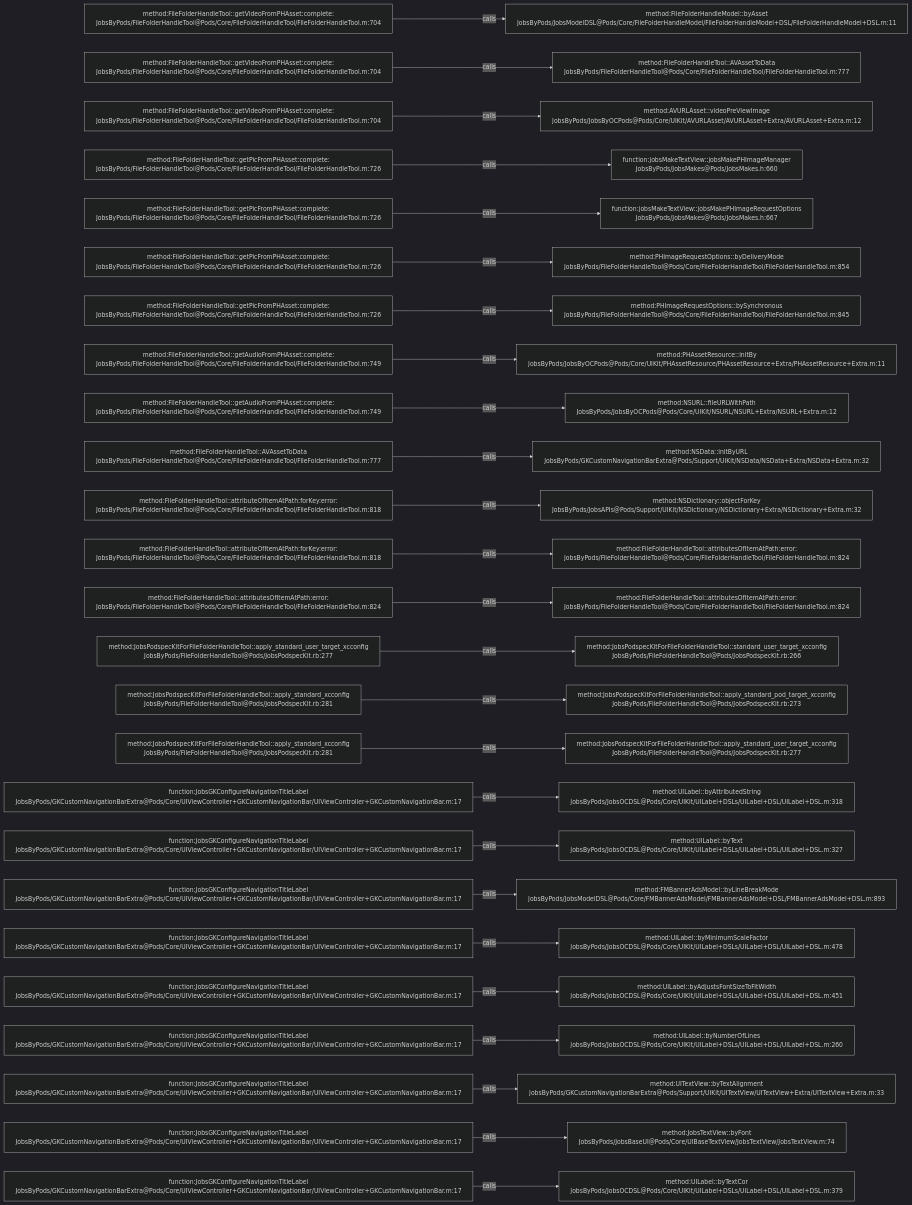
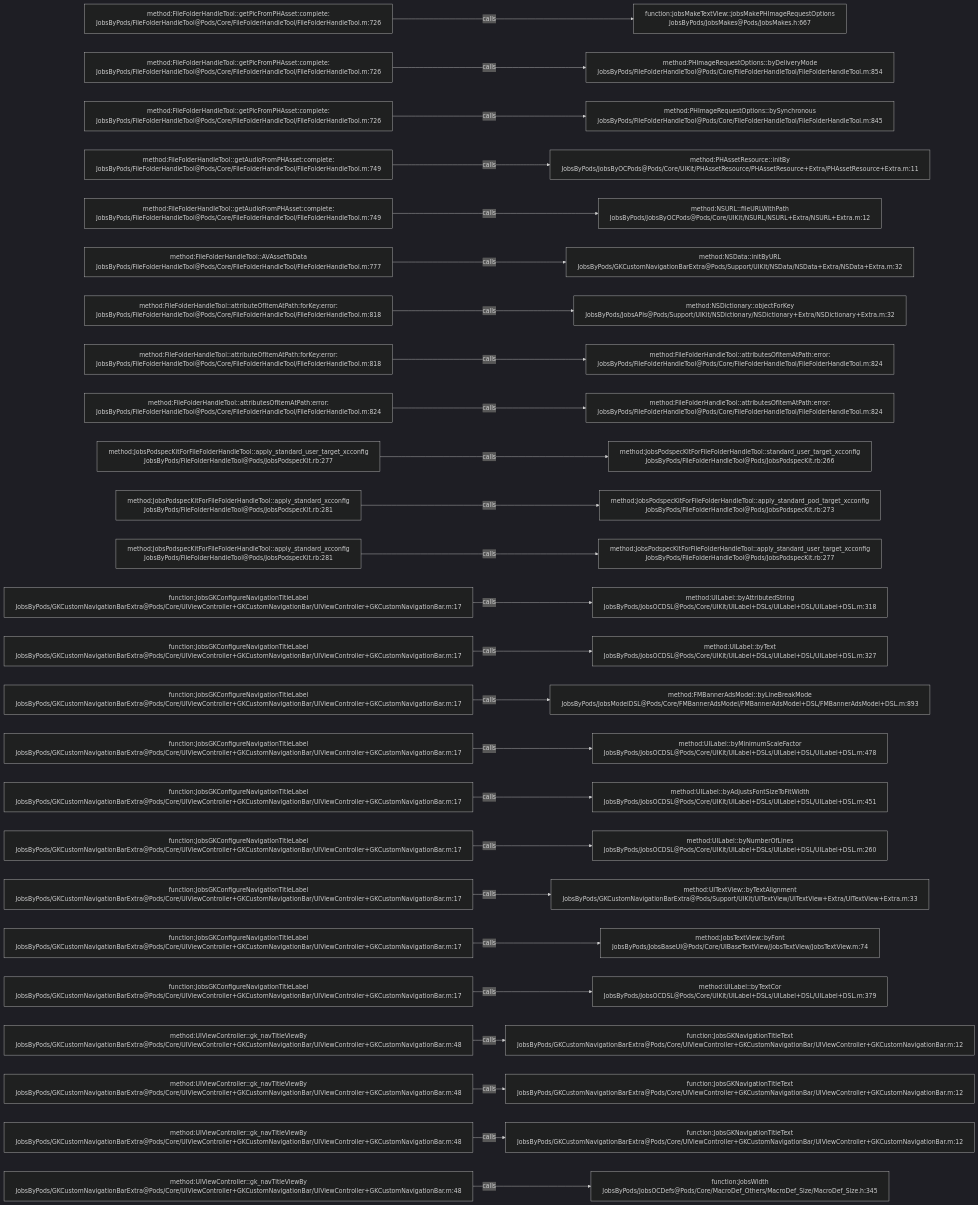
Before and after one commit to JobsKits/JobsOCBaseConfigDemo: the diagram in .codegraph/codegraph.md/graphs/calls-009.md, drawn with Mermaid (dark theme). The commit also changed 223 other files, not shown here.

````diff
--- a/.codegraph/codegraph.md/graphs/calls-009.md
+++ b/.codegraph/codegraph.md/graphs/calls-009.md
@@ -13,78 +13,78 @@
 ```mermaid
 flowchart LR
-  S1["method:FileFolderHandleTool::getVideoFromPHAsset:complete:<br/>JobsByPods/FileFolderHandleTool@Pods/Core/FileFolderHandleTool/FileFolderHandleTool.m:704"]
-  T1["method:FileFolderHandleModel::byAsset<br/>JobsByPods/JobsModelDSL@Pods/Core/FileFolderHandleModel/FileFolderHandleModel+DSL/FileFolderHandleModel+DSL.m:11"]
+  S1["method:FileFolderHandleTool::getPicFromPHAsset:complete:<br/>JobsByPods/FileFolderHandleTool@Pods/Core/FileFolderHandleTool/FileFolderHandleTool.m:726"]
+  T1["function:jobsMakeTextView::jobsMakePHImageRequestOptions<br/>JobsByPods/JobsMakes@Pods/JobsMakes.h:667"]
   S1 -->|calls| T1
-  S2["method:FileFolderHandleTool::getVideoFromPHAsset:complete:<br/>JobsByPods/FileFolderHandleTool@Pods/Core/FileFolderHandleTool/FileFolderHandleTool.m:704"]
-  T2["method:FileFolderHandleTool::AVAssetToData<br/>JobsByPods/FileFolderHandleTool@Pods/Core/FileFolderHandleTool/FileFolderHandleTool.m:777"]
+  S2["method:FileFolderHandleTool::getPicFromPHAsset:complete:<br/>JobsByPods/FileFolderHandleTool@Pods/Core/FileFolderHandleTool/FileFolderHandleTool.m:726"]
+  T2["method:PHImageRequestOptions::byDeliveryMode<br/>JobsByPods/FileFolderHandleTool@Pods/Core/FileFolderHandleTool/FileFolderHandleTool.m:854"]
   S2 -->|calls| T2
-  S3["method:FileFolderHandleTool::getVideoFromPHAsset:complete:<br/>JobsByPods/FileFolderHandleTool@Pods/Core/FileFolderHandleTool/FileFolderHandleTool.m:704"]
-  T3["method:AVURLAsset::videoPreViewImage<br/>JobsByPods/JobsByOCPods@Pods/Core/UIKit/AVURLAsset/AVURLAsset+Extra/AVURLAsset+Extra.m:12"]
+  S3["method:FileFolderHandleTool::getPicFromPHAsset:complete:<br/>JobsByPods/FileFolderHandleTool@Pods/Core/FileFolderHandleTool/FileFolderHandleTool.m:726"]
+  T3["method:PHImageRequestOptions::bySynchronous<br/>JobsByPods/FileFolderHandleTool@Pods/Core/FileFolderHandleTool/FileFolderHandleTool.m:845"]
   S3 -->|calls| T3
-  S4["method:FileFolderHandleTool::getPicFromPHAsset:complete:<br/>JobsByPods/FileFolderHandleTool@Pods/Core/FileFolderHandleTool/FileFolderHandleTool.m:726"]
-  T4["function:jobsMakeTextView::jobsMakePHImageManager<br/>JobsByPods/JobsMakes@Pods/JobsMakes.h:660"]
+  S4["method:FileFolderHandleTool::getAudioFromPHAsset:complete:<br/>JobsByPods/FileFolderHandleTool@Pods/Core/FileFolderHandleTool/FileFolderHandleTool.m:749"]
+  T4["method:PHAssetResource::initBy<br/>JobsByPods/JobsByOCPods@Pods/Core/UIKit/PHAssetResource/PHAssetResource+Extra/PHAssetResource+Extra.m:11"]
   S4 -->|calls| T4
-  S5["method:FileFolderHandleTool::getPicFromPHAsset:complete:<br/>JobsByPods/FileFolderHandleTool@Pods/Core/FileFolderHandleTool/FileFolderHandleTool.m:726"]
-  T5["function:jobsMakeTextView::jobsMakePHImageRequestOptions<br/>JobsByPods/JobsMakes@Pods/JobsMakes.h:667"]
+  S5["method:FileFolderHandleTool::getAudioFromPHAsset:complete:<br/>JobsByPods/FileFolderHandleTool@Pods/Core/FileFolderHandleTool/FileFolderHandleTool.m:749"]
+  T5["method:NSURL::fileURLWithPath<br/>JobsByPods/JobsByOCPods@Pods/Core/UIKit/NSURL/NSURL+Extra/NSURL+Extra.m:12"]
   S5 -->|calls| T5
-  S6["method:FileFolderHandleTool::getPicFromPHAsset:complete:<br/>JobsByPods/FileFolderHandleTool@Pods/Core/FileFolderHandleTool/FileFolderHandleTool.m:726"]
-  T6["method:PHImageRequestOptions::byDeliveryMode<br/>JobsByPods/FileFolderHandleTool@Pods/Core/FileFolderHandleTool/FileFolderHandleTool.m:854"]
+  S6["method:FileFolderHandleTool::AVAssetToData<br/>JobsByPods/FileFolderHandleTool@Pods/Core/FileFolderHandleTool/FileFolderHandleTool.m:777"]
+  T6["method:NSData::initByURL<br/>JobsByPods/GKCustomNavigationBarExtra@Pods/Support/UIKit/NSData/NSData+Extra/NSData+Extra.m:32"]
   S6 -->|calls| T6
-  S7["method:FileFolderHandleTool::getPicFromPHAsset:complete:<br/>JobsByPods/FileFolderHandleTool@Pods/Core/FileFolderHandleTool/FileFolderHandleTool.m:726"]
-  T7["method:PHImageRequestOptions::bySynchronous<br/>JobsByPods/FileFolderHandleTool@Pods/Core/FileFolderHandleTool/FileFolderHandleTool.m:845"]
+  S7["method:FileFolderHandleTool::attributeOfItemAtPath:forKey:error:<br/>JobsByPods/FileFolderHandleTool@Pods/Core/FileFolderHandleTool/FileFolderHandleTool.m:818"]
+  T7["method:NSDictionary::objectForKey<br/>JobsByPods/JobsAPIs@Pods/Support/UIKit/NSDictionary/NSDictionary+Extra/NSDictionary+Extra.m:32"]
   S7 -->|calls| T7
-  S8["method:FileFolderHandleTool::getAudioFromPHAsset:complete:<br/>JobsByPods/FileFolderHandleTool@Pods/Core/FileFolderHandleTool/FileFolderHandleTool.m:749"]
-  T8["method:PHAssetResource::initBy<br/>JobsByPods/JobsByOCPods@Pods/Core/UIKit/PHAssetResource/PHAssetResource+Extra/PHAssetResource+Extra.m:11"]
+  S8["method:FileFolderHandleTool::attributeOfItemAtPath:forKey:error:<br/>JobsByPods/FileFolderHandleTool@Pods/Core/FileFolderHandleTool/FileFolderHandleTool.m:818"]
+  T8["method:FileFolderHandleTool::attributesOfItemAtPath:error:<br/>JobsByPods/FileFolderHandleTool@Pods/Core/FileFolderHandleTool/FileFolderHandleTool.m:824"]
   S8 -->|calls| T8
-  S9["method:FileFolderHandleTool::getAudioFromPHAsset:complete:<br/>JobsByPods/FileFolderHandleTool@Pods/Core/FileFolderHandleTool/FileFolderHandleTool.m:749"]
-  T9["method:NSURL::fileURLWithPath<br/>JobsByPods/JobsByOCPods@Pods/Core/UIKit/NSURL/NSURL+Extra/NSURL+Extra.m:12"]
+  S9["method:FileFolderHandleTool::attributesOfItemAtPath:error:<br/>JobsByPods/FileFolderHandleTool@Pods/Core/FileFolderHandleTool/FileFolderHandleTool.m:824"]
+  T9["method:FileFolderHandleTool::attributesOfItemAtPath:error:<br/>JobsByPods/FileFolderHandleTool@Pods/Core/FileFolderHandleTool/FileFolderHandleTool.m:824"]
   S9 -->|calls| T9
-  S10["method:FileFolderHandleTool::AVAssetToData<br/>JobsByPods/FileFolderHandleTool@Pods/Core/FileFolderHandleTool/FileFolderHandleTool.m:777"]
-  T10["method:NSData::initByURL<br/>JobsByPods/GKCustomNavigationBarExtra@Pods/Support/UIKit/NSData/NSData+Extra/NSData+Extra.m:32"]
+  S10["method:JobsPodspecKitForFileFolderHandleTool::apply_standard_user_target_xcconfig<br/>JobsByPods/FileFolderHandleTool@Pods/JobsPodspecKit.rb:277"]
+  T10["method:JobsPodspecKitForFileFolderHandleTool::standard_user_target_xcconfig<br/>JobsByPods/FileFolderHandleTool@Pods/JobsPodspecKit.rb:266"]
   S10 -->|calls| T10
-  S11["method:FileFolderHandleTool::attributeOfItemAtPath:forKey:error:<br/>JobsByPods/FileFolderHandleTool@Pods/Core/FileFolderHandleTool/FileFolderHandleTool.m:818"]
-  T11["method:NSDictionary::objectForKey<br/>JobsByPods/JobsAPIs@Pods/Support/UIKit/NSDictionary/NSDictionary+Extra/NSDictionary+Extra.m:32"]
+  S11["method:JobsPodspecKitForFileFolderHandleTool::apply_standard_xcconfig<br/>JobsByPods/FileFolderHandleTool@Pods/JobsPodspecKit.rb:281"]
+  T11["method:JobsPodspecKitForFileFolderHandleTool::apply_standard_pod_target_xcconfig<br/>JobsByPods/FileFolderHandleTool@Pods/JobsPodspecKit.rb:273"]
   S11 -->|calls| T11
-  S12["method:FileFolderHandleTool::attributeOfItemAtPath:forKey:error:<br/>JobsByPods/FileFolderHandleTool@Pods/Core/FileFolderHandleTool/FileFolderHandleTool.m:818"]
-  T12["method:FileFolderHandleTool::attributesOfItemAtPath:error:<br/>JobsByPods/FileFolderHandleTool@Pods/Core/FileFolderHandleTool/FileFolderHandleTool.m:824"]
+  S12["method:JobsPodspecKitForFileFolderHandleTool::apply_standard_xcconfig<br/>JobsByPods/FileFolderHandleTool@Pods/JobsPodspecKit.rb:281"]
+  T12["method:JobsPodspecKitForFileFolderHandleTool::apply_standard_user_target_xcconfig<br/>JobsByPods/FileFolderHandleTool@Pods/JobsPodspecKit.rb:277"]
   S12 -->|calls| T12
-  S13["method:FileFolderHandleTool::attributesOfItemAtPath:error:<br/>JobsByPods/FileFolderHandleTool@Pods/Core/FileFolderHandleTool/FileFolderHandleTool.m:824"]
-  T13["method:FileFolderHandleTool::attributesOfItemAtPath:error:<br/>JobsByPods/FileFolderHandleTool@Pods/Core/FileFolderHandleTool/FileFolderHandleTool.m:824"]
+  S13["function:JobsGKConfigureNavigationTitleLabel<br/>JobsByPods/GKCustomNavigationBarExtra@Pods/Core/UIViewController+GKCustomNavigationBar/UIViewController+GKCustomNavigationBar.m:17"]
+  T13["method:UILabel::byAttributedString<br/>JobsByPods/JobsOCDSL@Pods/Core/UIKit/UILabel+DSLs/UILabel+DSL/UILabel+DSL.m:318"]
   S13 -->|calls| T13
-  S14["method:JobsPodspecKitForFileFolderHandleTool::apply_standard_user_target_xcconfig<br/>JobsByPods/FileFolderHandleTool@Pods/JobsPodspecKit.rb:277"]
-  T14["method:JobsPodspecKitForFileFolderHandleTool::standard_user_target_xcconfig<br/>JobsByPods/FileFolderHandleTool@Pods/JobsPodspecKit.rb:266"]
+  S14["function:JobsGKConfigureNavigationTitleLabel<br/>JobsByPods/GKCustomNavigationBarExtra@Pods/Core/UIViewController+GKCustomNavigationBar/UIViewController+GKCustomNavigationBar.m:17"]
+  T14["method:UILabel::byText<br/>JobsByPods/JobsOCDSL@Pods/Core/UIKit/UILabel+DSLs/UILabel+DSL/UILabel+DSL.m:327"]
   S14 -->|calls| T14
-  S15["method:JobsPodspecKitForFileFolderHandleTool::apply_standard_xcconfig<br/>JobsByPods/FileFolderHandleTool@Pods/JobsPodspecKit.rb:281"]
-  T15["method:JobsPodspecKitForFileFolderHandleTool::apply_standard_pod_target_xcconfig<br/>JobsByPods/FileFolderHandleTool@Pods/JobsPodspecKit.rb:273"]
+  S15["function:JobsGKConfigureNavigationTitleLabel<br/>JobsByPods/GKCustomNavigationBarExtra@Pods/Core/UIViewController+GKCustomNavigationBar/UIViewController+GKCustomNavigationBar.m:17"]
+  T15["method:FMBannerAdsModel::byLineBreakMode<br/>JobsByPods/JobsModelDSL@Pods/Core/FMBannerAdsModel/FMBannerAdsModel+DSL/FMBannerAdsModel+DSL.m:893"]
   S15 -->|calls| T15
-  S16["method:JobsPodspecKitForFileFolderHandleTool::apply_standard_xcconfig<br/>JobsByPods/FileFolderHandleTool@Pods/JobsPodspecKit.rb:281"]
-  T16["method:JobsPodspecKitForFileFolderHandleTool::apply_standard_user_target_xcconfig<br/>JobsByPods/FileFolderHandleTool@Pods/JobsPodspecKit.rb:277"]
+  S16["function:JobsGKConfigureNavigationTitleLabel<br/>JobsByPods/GKCustomNavigationBarExtra@Pods/Core/UIViewController+GKCustomNavigationBar/UIViewController+GKCustomNavigationBar.m:17"]
+  T16["method:UILabel::byMinimumScaleFactor<br/>JobsByPods/JobsOCDSL@Pods/Core/UIKit/UILabel+DSLs/UILabel+DSL/UILabel+DSL.m:478"]
   S16 -->|calls| T16
   S17["function:JobsGKConfigureNavigationTitleLabel<br/>JobsByPods/GKCustomNavigationBarExtra@Pods/Core/UIViewController+GKCustomNavigationBar/UIViewController+GKCustomNavigationBar.m:17"]
-  T17["method:UILabel::byAttributedString<br/>JobsByPods/JobsOCDSL@Pods/Core/UIKit/UILabel+DSLs/UILabel+DSL/UILabel+DSL.m:318"]
+  T17["method:UILabel::byAdjustsFontSizeToFitWidth<br/>JobsByPods/JobsOCDSL@Pods/Core/UIKit/UILabel+DSLs/UILabel+DSL/UILabel+DSL.m:451"]
   S17 -->|calls| T17
   S18["function:JobsGKConfigureNavigationTitleLabel<br/>JobsByPods/GKCustomNavigationBarExtra@Pods/Core/UIViewController+GKCustomNavigationBar/UIViewController+GKCustomNavigationBar.m:17"]
-  T18["method:UILabel::byText<br/>JobsByPods/JobsOCDSL@Pods/Core/UIKit/UILabel+DSLs/UILabel+DSL/UILabel+DSL.m:327"]
+  T18["method:UILabel::byNumberOfLines<br/>JobsByPods/JobsOCDSL@Pods/Core/UIKit/UILabel+DSLs/UILabel+DSL/UILabel+DSL.m:260"]
   S18 -->|calls| T18
   S19["function:JobsGKConfigureNavigationTitleLabel<br/>JobsByPods/GKCustomNavigationBarExtra@Pods/Core/UIViewController+GKCustomNavigationBar/UIViewController+GKCustomNavigationBar.m:17"]
-  T19["method:FMBannerAdsModel::byLineBreakMode<br/>JobsByPods/JobsModelDSL@Pods/Core/FMBannerAdsModel/FMBannerAdsModel+DSL/FMBannerAdsModel+DSL.m:893"]
+  T19["method:UITextView::byTextAlignment<br/>JobsByPods/GKCustomNavigationBarExtra@Pods/Support/UIKit/UITextView/UITextView+Extra/UITextView+Extra.m:33"]
   S19 -->|calls| T19
   S20["function:JobsGKConfigureNavigationTitleLabel<br/>JobsByPods/GKCustomNavigationBarExtra@Pods/Core/UIViewController+GKCustomNavigationBar/UIViewController+GKCustomNavigationBar.m:17"]
-  T20["method:UILabel::byMinimumScaleFactor<br/>JobsByPods/JobsOCDSL@Pods/Core/UIKit/UILabel+DSLs/UILabel+DSL/UILabel+DSL.m:478"]
+  T20["method:JobsTextView::byFont<br/>JobsByPods/JobsBaseUI@Pods/Core/UIBaseTextView/JobsTextView/JobsTextView.m:74"]
   S20 -->|calls| T20
   S21["function:JobsGKConfigureNavigationTitleLabel<br/>JobsByPods/GKCustomNavigationBarExtra@Pods/Core/UIViewController+GKCustomNavigationBar/UIViewController+GKCustomNavigationBar.m:17"]
-  T21["method:UILabel::byAdjustsFontSizeToFitWidth<br/>JobsByPods/JobsOCDSL@Pods/Core/UIKit/UILabel+DSLs/UILabel+DSL/UILabel+DSL.m:451"]
+  T21["method:UILabel::byTextCor<br/>JobsByPods/JobsOCDSL@Pods/Core/UIKit/UILabel+DSLs/UILabel+DSL/UILabel+DSL.m:379"]
   S21 -->|calls| T21
-  S22["function:JobsGKConfigureNavigationTitleLabel<br/>JobsByPods/GKCustomNavigationBarExtra@Pods/Core/UIViewController+GKCustomNavigationBar/UIViewController+GKCustomNavigationBar.m:17"]
-  T22["method:UILabel::byNumberOfLines<br/>JobsByPods/JobsOCDSL@Pods/Core/UIKit/UILabel+DSLs/UILabel+DSL/UILabel+DSL.m:260"]
+  S22["method:UIViewController::gk_navTitleViewBy<br/>JobsByPods/GKCustomNavigationBarExtra@Pods/Core/UIViewController+GKCustomNavigationBar/UIViewController+GKCustomNavigationBar.m:48"]
+  T22["function:JobsGKNavigationTitleText<br/>JobsByPods/GKCustomNavigationBarExtra@Pods/Core/UIViewController+GKCustomNavigationBar/UIViewController+GKCustomNavigationBar.m:12"]
   S22 -->|calls| T22
-  S23["function:JobsGKConfigureNavigationTitleLabel<br/>JobsByPods/GKCustomNavigationBarExtra@Pods/Core/UIViewController+GKCustomNavigationBar/UIViewController+GKCustomNavigationBar.m:17"]
-  T23["method:UITextView::byTextAlignment<br/>JobsByPods/GKCustomNavigationBarExtra@Pods/Support/UIKit/UITextView/UITextView+Extra/UITextView+Extra.m:33"]
+  S23["method:UIViewController::gk_navTitleViewBy<br/>JobsByPods/GKCustomNavigationBarExtra@Pods/Core/UIViewController+GKCustomNavigationBar/UIViewController+GKCustomNavigationBar.m:48"]
+  T23["function:JobsGKNavigationTitleText<br/>JobsByPods/GKCustomNavigationBarExtra@Pods/Core/UIViewController+GKCustomNavigationBar/UIViewController+GKCustomNavigationBar.m:12"]
   S23 -->|calls| T23
-  S24["function:JobsGKConfigureNavigationTitleLabel<br/>JobsByPods/GKCustomNavigationBarExtra@Pods/Core/UIViewController+GKCustomNavigationBar/UIViewController+GKCustomNavigationBar.m:17"]
-  T24["method:JobsTextView::byFont<br/>JobsByPods/JobsBaseUI@Pods/Core/UIBaseTextView/JobsTextView/JobsTextView.m:74"]
+  S24["method:UIViewController::gk_navTitleViewBy<br/>JobsByPods/GKCustomNavigationBarExtra@Pods/Core/UIViewController+GKCustomNavigationBar/UIViewController+GKCustomNavigationBar.m:48"]
+  T24["function:JobsGKNavigationTitleText<br/>JobsByPods/GKCustomNavigationBarExtra@Pods/Core/UIViewController+GKCustomNavigationBar/UIViewController+GKCustomNavigationBar.m:12"]
   S24 -->|calls| T24
-  S25["function:JobsGKConfigureNavigationTitleLabel<br/>JobsByPods/GKCustomNavigationBarExtra@Pods/Core/UIViewController+GKCustomNavigationBar/UIViewController+GKCustomNavigationBar.m:17"]
-  T25["method:UILabel::byTextCor<br/>JobsByPods/JobsOCDSL@Pods/Core/UIKit/UILabel+DSLs/UILabel+DSL/UILabel+DSL.m:379"]
+  S25["method:UIViewController::gk_navTitleViewBy<br/>JobsByPods/GKCustomNavigationBarExtra@Pods/Core/UIViewController+GKCustomNavigationBar/UIViewController+GKCustomNavigationBar.m:48"]
+  T25["function:JobsWidth<br/>JobsByPods/JobsOCDefs@Pods/Core/MacroDef_Others/MacroDef_Size/MacroDef_Size.h:345"]
   S25 -->|calls| T25
 ```
````
